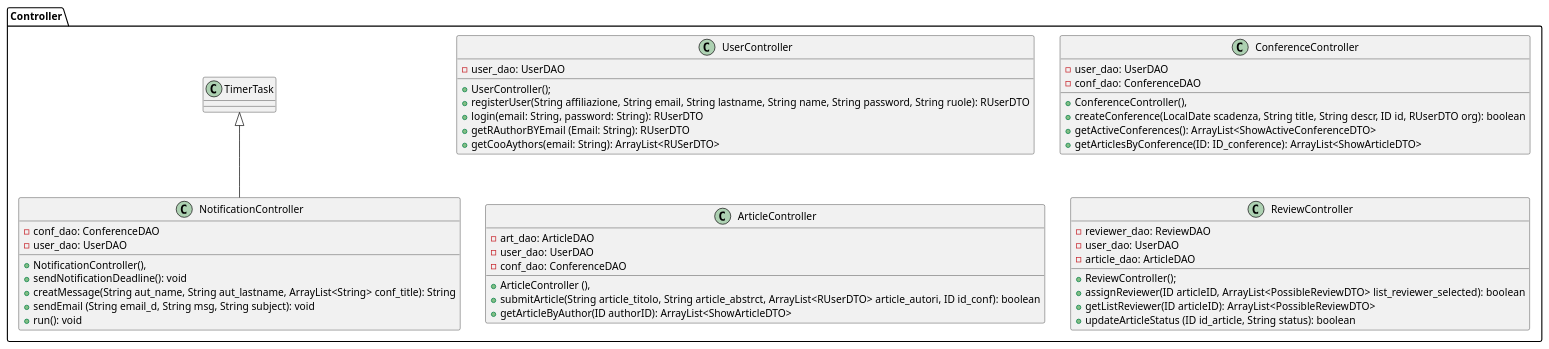
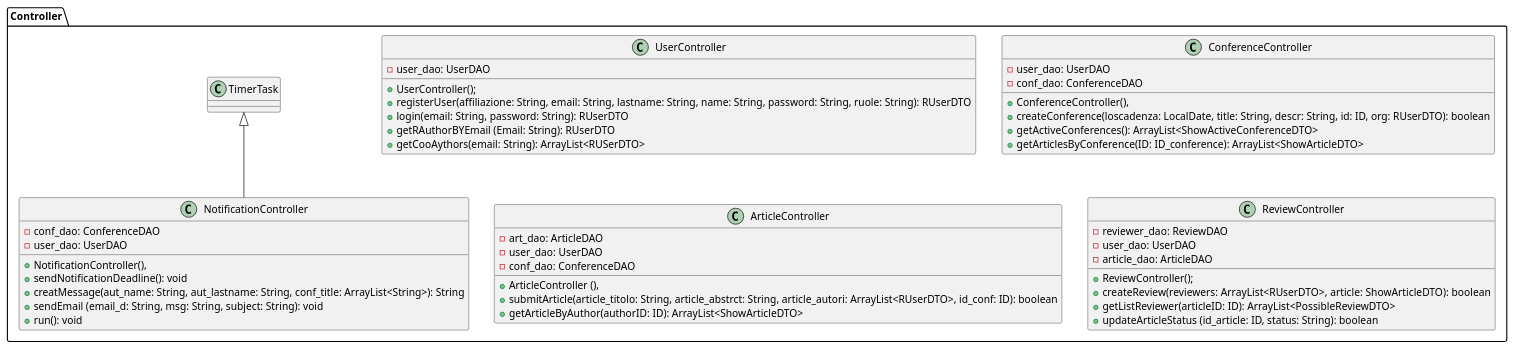
One commit to Air4x/Progetto_ISW changed the diagram in VisualParadigm/diagramma_prg_controller.puml. Above: the diagram before and after it, drawn with PlantUML. The commit also changed 1 other file, not shown here.

Commit message:
Aggiornato il diagrammi di progettazione per i package controller e dto

```diff
--- a/VisualParadigm/diagramma_prg_controller.puml
+++ b/VisualParadigm/diagramma_prg_controller.puml
@@ -1,54 +1,54 @@
 @startuml
 package Controller {
 
   class UserController {
     - user_dao: UserDAO
     + UserController();
-    + registerUser(String affiliazione, String email, String lastname, String name, String password, String ruole): RUserDTO
+    + registerUser(affiliazione: String, email: String, lastname: String, name: String, password: String, ruole: String): RUserDTO
     + login(email: String, password: String): RUserDTO
     + getRAuthorBYEmail (Email: String): RUserDTO
     + getCooAythors(email: String): ArrayList<RUSerDTO>
   }
 
   class ConferenceController {
     - user_dao: UserDAO
     - conf_dao: ConferenceDAO
     + ConferenceController(),
-    + createConference(LocalDate scadenza, String title, String descr, ID id, RUserDTO org): boolean
+    + createConference(loscadenza: LocalDate, title: String, descr: String, id: ID, org: RUserDTO): boolean
     + getActiveConferences(): ArrayList<ShowActiveConferenceDTO>
     + getArticlesByConference(ID: ID_conference): ArrayList<ShowArticleDTO>
   }
   
   class ArticleController {
     - art_dao: ArticleDAO
     - user_dao: UserDAO
     - conf_dao: ConferenceDAO
     + ArticleController (),
-    + submitArticle(String article_titolo, String article_abstrct,  ArrayList<RUserDTO> article_autori, ID id_conf): boolean
-    + getArticleByAuthor(ID authorID): ArrayList<ShowArticleDTO>
+    + submitArticle(article_titolo: String, article_abstrct: String, article_autori: ArrayList<RUserDTO>, id_conf: ID): boolean
+    + getArticleByAuthor(authorID: ID): ArrayList<ShowArticleDTO>
   }
 
   class ReviewController {
     - reviewer_dao: ReviewDAO
     - user_dao: UserDAO
     - article_dao: ArticleDAO
     + ReviewController();
-    + assignReviewer(ID articleID, ArrayList<PossibleReviewDTO> list_reviewer_selected): boolean
-    + getListReviewer(ID articleID): ArrayList<PossibleReviewDTO>
-    + updateArticleStatus (ID id_article, String status): boolean
+    + createReview(reviewers: ArrayList<RUserDTO>, article: ShowArticleDTO): boolean
+    + getListReviewer(articleID: ID): ArrayList<PossibleReviewDTO>
+    + updateArticleStatus (id_article: ID, status: String): boolean
   }
 
   class NotificationController {
     - conf_dao: ConferenceDAO
     - user_dao: UserDAO
     + NotificationController(),
     + sendNotificationDeadline(): void
-    + creatMessage(String aut_name, String aut_lastname, ArrayList<String> conf_title): String
-    + sendEmail (String email_d, String msg, String subject): void
+    + creatMessage(aut_name: String, aut_lastname: String, conf_title: ArrayList<String>): String
+    + sendEmail (email_d: String, msg: String, subject: String): void
     + run(): void
   }
 
 TimerTask <|-- NotificationController
 
 }
 @enduml
```
